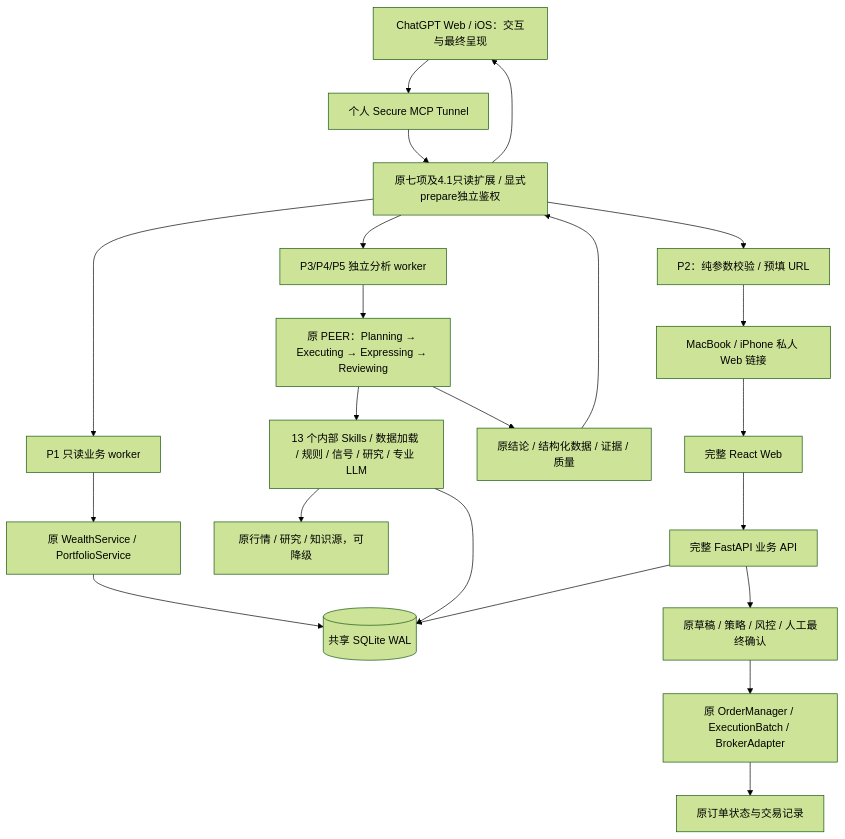
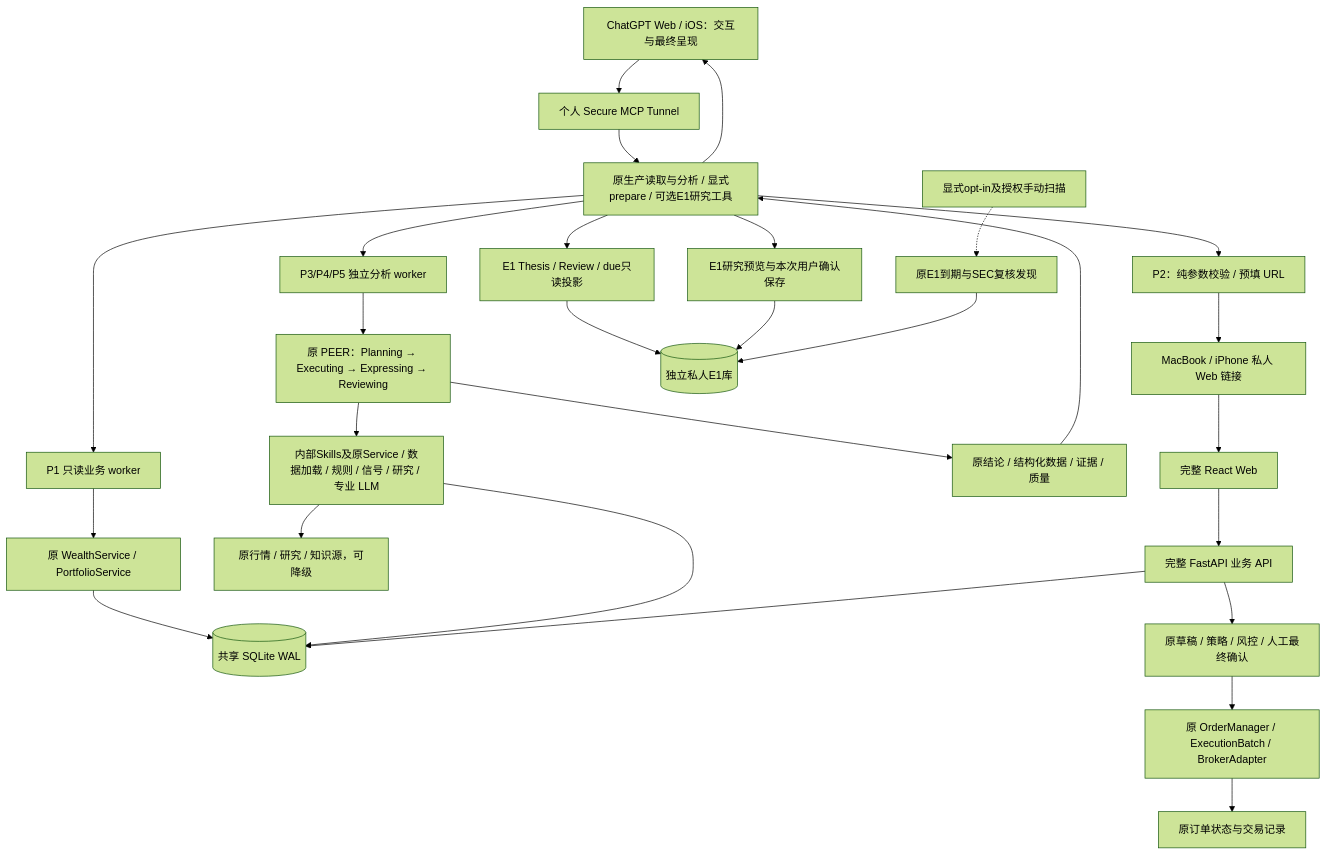
Before and after one commit to song-buaa/WealthPilot: the diagram in docs/ARCHITECTURE_CURRENT.md, drawn with Mermaid (forest theme). The commit also changed other lines of this file and 3 other files, not shown here.

Commit message:
docs: map unified five-layer investment architecture to existing owners

````diff
--- a/docs/ARCHITECTURE_CURRENT.md
+++ b/docs/ARCHITECTURE_CURRENT.md
@@ -26,24 +28,30 @@
 ```mermaid
 flowchart TB
   Chat[ChatGPT Web / iOS：交互与最终呈现] --> Tunnel[个人 Secure MCP Tunnel]
-  Tunnel --> MCP[原七项及4.1只读扩展 / 显式prepare独立鉴权]
+  Tunnel --> MCP[原生产读取与分析 / 显式prepare / 可选E1研究工具]
   MCP --> ReadWorker[P1 只读业务 worker]
   MCP --> AnalysisWorker[P3/P4/P5 独立分析 worker]
   MCP --> URL[P2：纯参数校验 / 预填 URL]
   ReadWorker --> Wealth[原 WealthService / PortfolioService]
   AnalysisWorker --> PEER[原 PEER：Planning → Executing → Expressing → Reviewing]
-  PEER --> Skills[13 个内部 Skills / 数据加载 / 规则 / 信号 / 研究 / 专业 LLM]
+  PEER --> Skills[内部Skills及原Service / 数据加载 / 规则 / 信号 / 研究 / 专业 LLM]
   Wealth --> DB[(共享 SQLite WAL)]
   Skills --> DB
   Skills --> Providers[原行情 / 研究 / 知识源，可降级]
   PEER --> Result[原结论 / 结构化数据 / 证据 / 质量]
   Result --> MCP
   MCP --> Chat
   URL --> Browser[MacBook / iPhone 私人 Web 链接]
   Browser --> Web[完整 React Web]
   Web --> API[完整 FastAPI 业务 API]
   API --> DB
   API --> Draft[原草稿 / 策略 / 风控 / 人工最终确认]
   Draft --> Broker[原 OrderManager / ExecutionBatch / BrokerAdapter]
   Broker --> Status[原订单状态与交易记录]
+  MCP --> E1Read[E1 Thesis / Review / due只读投影]
+  MCP --> E1Bridge[E1研究预览与本次用户确认保存]
+  E1Read --> E1DB[(独立私人E1库)]
+  E1Bridge --> E1DB
+  Manual[显式opt-in及授权手动扫描] -.-> Monitor[原E1到期与SEC复核发现]
+  Monitor --> E1DB
 ```
````
